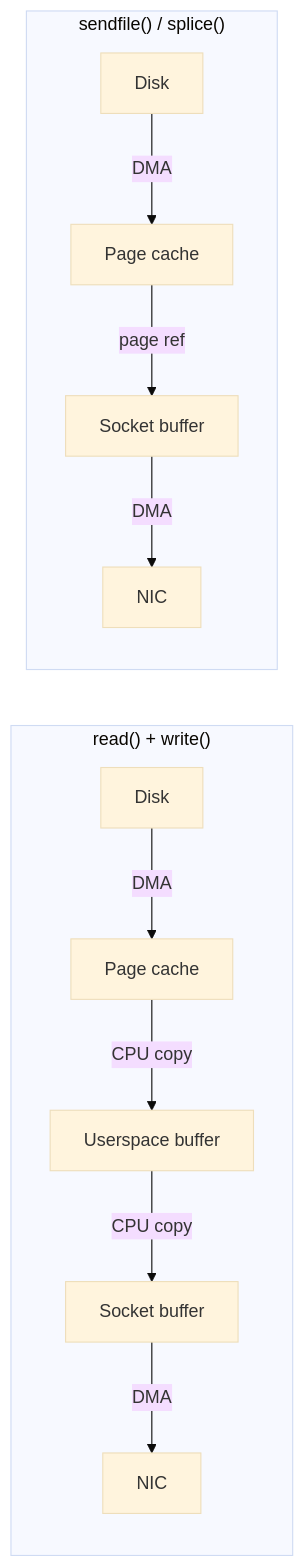
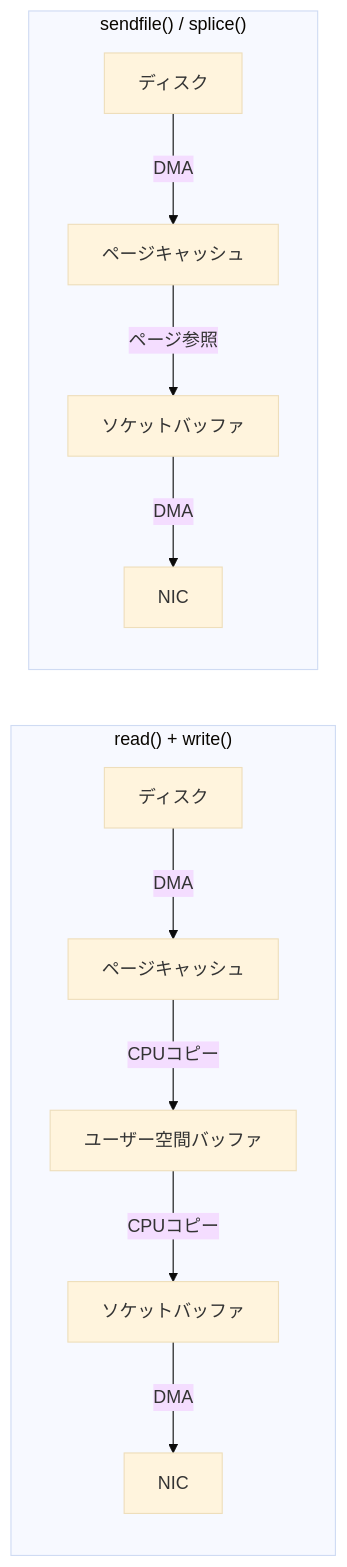
One commit to doguto/linux-kernel-internals-jp changed the diagram in docs/io/splice-sendfile.md. Above: the diagram before and after it, drawn with Mermaid (base theme). The commit also changed other lines of this file and 18 other files, not shown here.

````diff
--- a/docs/io/splice-sendfile.md
+++ b/docs/io/splice-sendfile.md
@@ -46,15 +46,15 @@
 ```mermaid
 flowchart LR
     subgraph Traditional["read() + write()"]
-        D1[Disk] -->|DMA| PC1[Page cache]
-        PC1 -->|CPU copy| UB[Userspace buffer]
-        UB -->|CPU copy| SK1[Socket buffer]
+        D1[ディスク] -->|DMA| PC1[ページキャッシュ]
+        PC1 -->|CPUコピー| UB[ユーザー空間バッファ]
+        UB -->|CPUコピー| SK1[ソケットバッファ]
         SK1 -->|DMA| N1[NIC]
     end
 
     subgraph ZeroCopy["sendfile() / splice()"]
-        D2[Disk] -->|DMA| PC2[Page cache]
-        PC2 -->|page ref| SK2[Socket buffer]
+        D2[ディスク] -->|DMA| PC2[ページキャッシュ]
+        PC2 -->|ページ参照| SK2[ソケットバッファ]
         SK2 -->|DMA| N2[NIC]
     end
 ```
````
